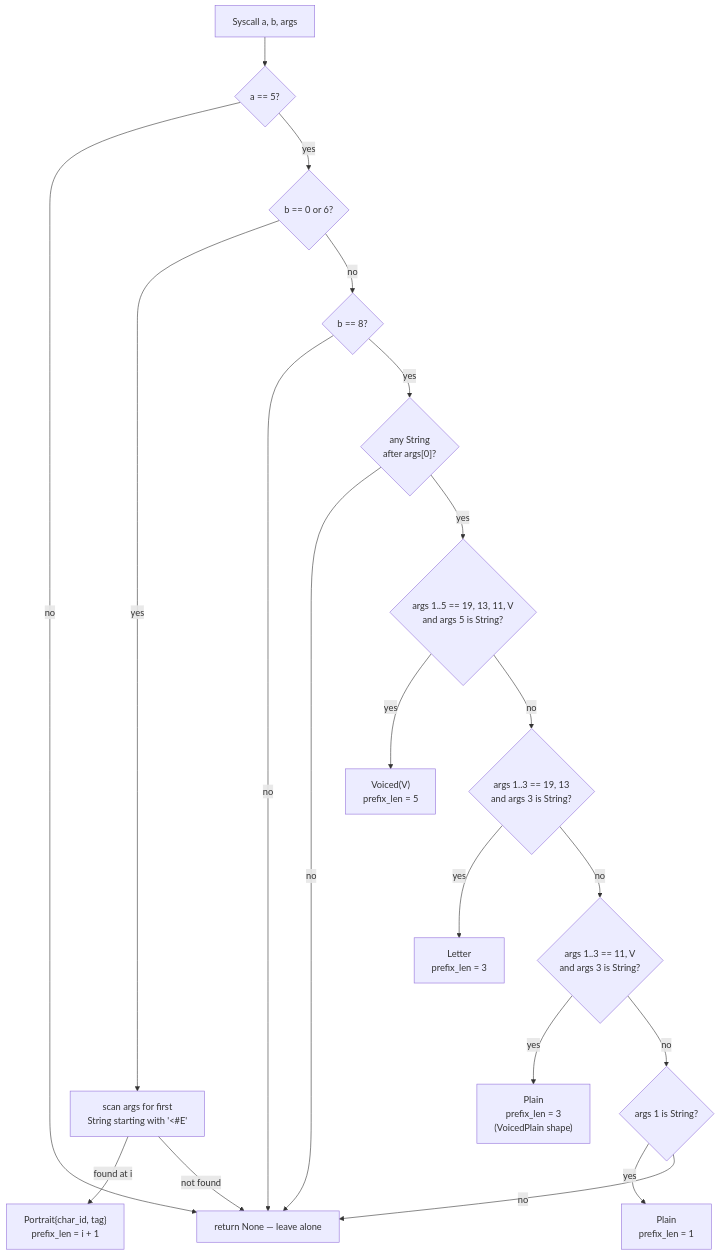
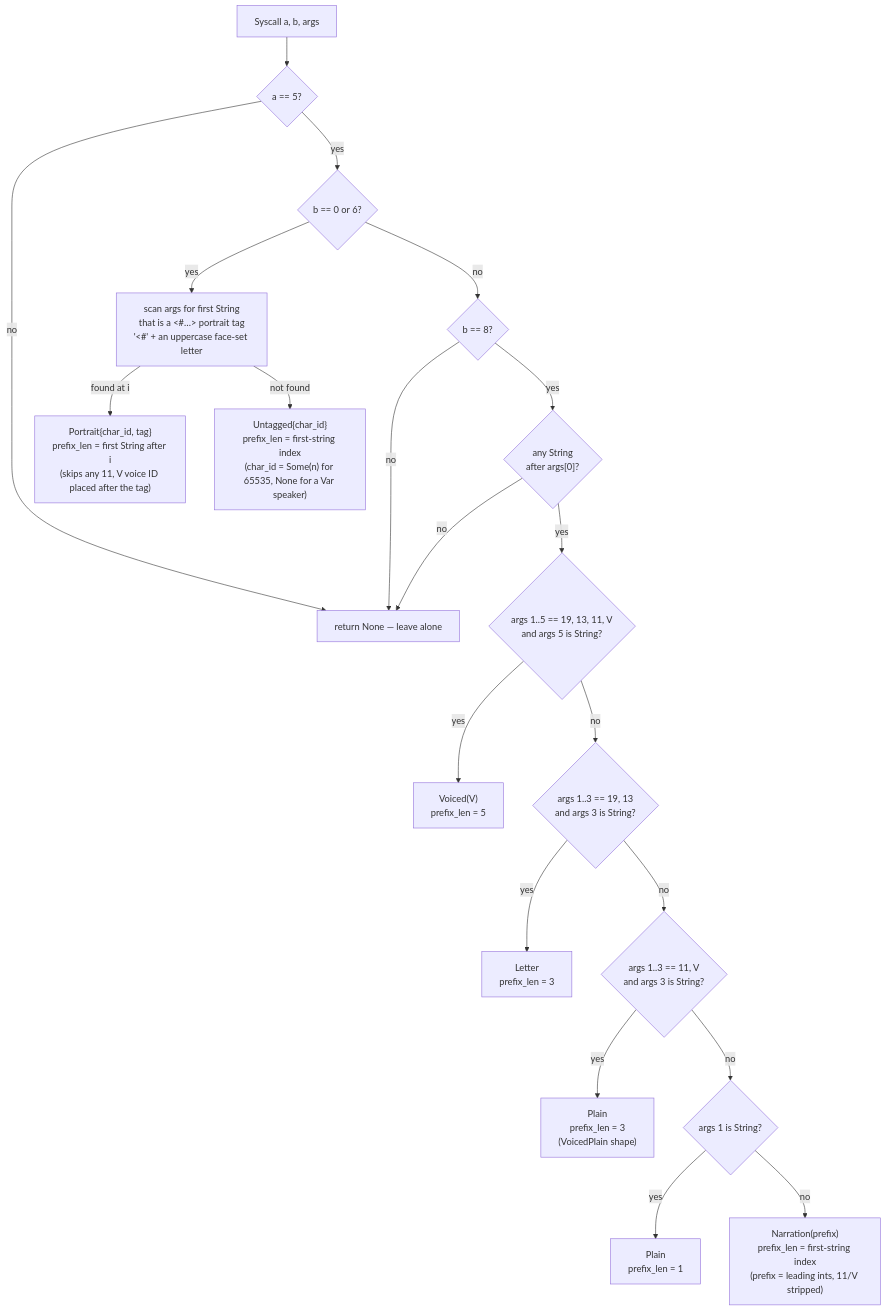
Before and after one commit to kvnxiao/sora-remake-merge: the third of 5 diagrams in docs/ARCHITECTURE.md, drawn with Mermaid. The commit also changed other lines of this file and 15 other files, not shown here.

````diff
--- a/docs/ARCHITECTURE.md
+++ b/docs/ARCHITECTURE.md
@@ -170,22 +178,22 @@
 ```mermaid
 flowchart TD
     A[Syscall a, b, args] --> B{a == 5?}
     B -- no --> SKIP[return None — leave alone]
     B -- yes --> C{b == 0 or 6?}
-    C -- yes --> D[scan args for first<br/>String starting with '&lt;#E']
-    D -- found at i --> P["Portrait{char_id, tag}<br/>prefix_len = i + 1"]
-    D -- not found --> SKIP
+    C -- yes --> D[scan args for first String<br/>that is a &lt;#…&gt; portrait tag<br/>'&lt;#' + an uppercase face-set letter]
+    D -- found at i --> P["Portrait{char_id, tag}<br/>prefix_len = first String after i<br/>(skips any 11, V voice ID placed after the tag)"]
+    D -- not found --> UT["Untagged{char_id}<br/>prefix_len = first-string index<br/>(char_id = Some(n) for 65535, None for a Var speaker)"]
     C -- no --> E{b == 8?}
     E -- no --> SKIP
     E -- yes --> F{"any String<br/>after args[0]?"}
     F -- no --> SKIP
     F -- yes --> G{args 1..5 == 19, 13, 11, V<br/>and args 5 is String?}
     G -- yes --> V["Voiced(V)<br/>prefix_len = 5"]
     G -- no --> H{args 1..3 == 19, 13<br/>and args 3 is String?}
     H -- yes --> L["Letter<br/>prefix_len = 3"]
     H -- no --> VP{args 1..3 == 11, V<br/>and args 3 is String?}
     VP -- yes --> PLV["Plain<br/>prefix_len = 3<br/>(VoicedPlain shape)"]
     VP -- no --> I{args 1 is String?}
     I -- yes --> PL["Plain<br/>prefix_len = 1"]
-    I -- no --> SKIP
+    I -- no --> N["Narration(prefix)<br/>prefix_len = first-string index<br/>(prefix = leading ints, 11/V stripped)"]
 ```
````
